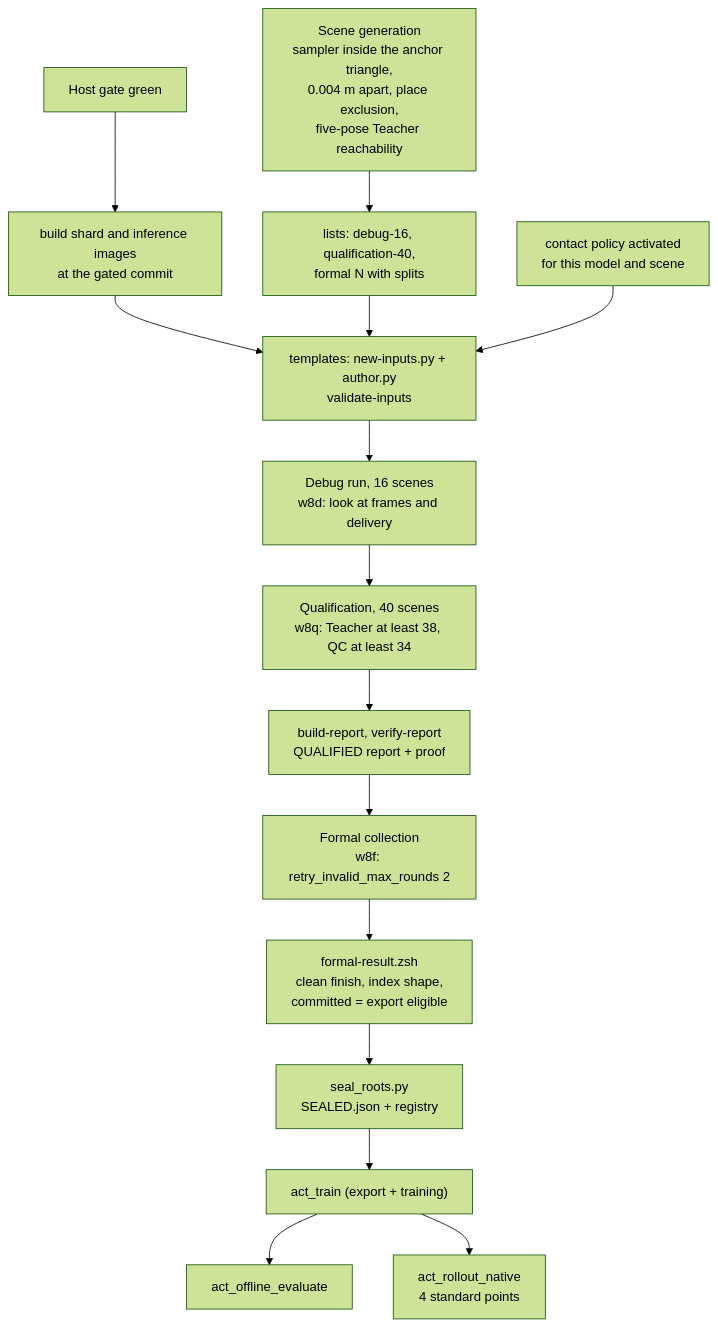
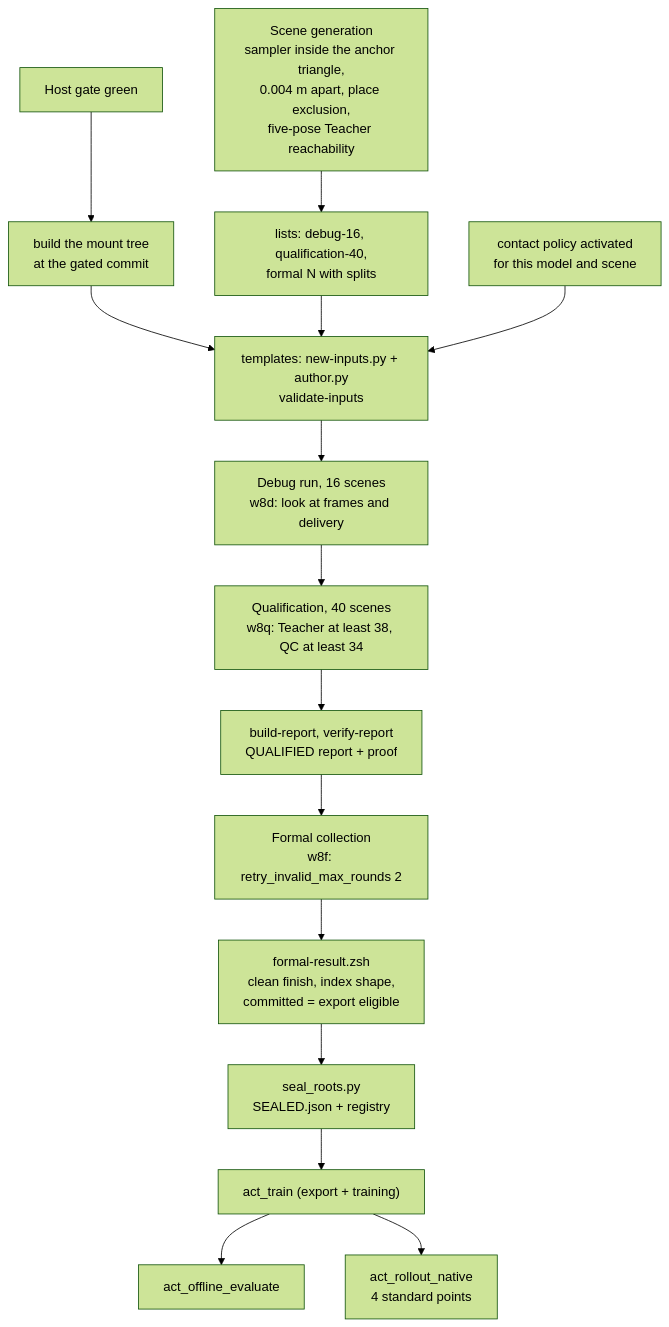
Diagram 21 of 35 in docs/guides/so101-act-data-collection-and-training-architecture.md (terryma2024/ros-moveit-demo), drawn with Mermaid (forest theme) before and after one commit. The commit also changed other lines of this file and 9 other files, not shown here.

Commit message:
P5: docs for the mount-tree migration (images README, architecture guide, superseded notes, M3 note, to-do 34, ledger)

````diff
--- a/docs/guides/so101-act-data-collection-and-training-architecture.md
+++ b/docs/guides/so101-act-data-collection-and-training-architecture.md
@@ -865,17 +866,17 @@
 ```mermaid
 flowchart TB
     SC["Scene generation<br/>sampler inside the anchor triangle,<br/>0.004 m apart, place exclusion,<br/>five-pose Teacher reachability"] --> LISTS["lists: debug-16, qualification-40,<br/>formal N with splits"]
-    GATE["Host gate green"] --> IMG["build shard and inference images<br/>at the gated commit"]
+    GATE["Host gate green"] --> IMG["build the mount tree<br/>at the gated commit"]
     IMG --> TPL
     LISTS --> TPL["templates: new-inputs.py + author.py<br/>validate-inputs"]
     CP["contact policy activated<br/>for this model and scene"] --> TPL
     TPL --> DBG["Debug run, 16 scenes<br/>w8d: look at frames and delivery"]
     DBG --> QUAL["Qualification, 40 scenes<br/>w8q: Teacher at least 38, QC at least 34"]
     QUAL --> REP["build-report, verify-report<br/>QUALIFIED report + proof"]
     REP --> FORMAL["Formal collection<br/>w8f: retry_invalid_max_rounds 2"]
     FORMAL --> POST["formal-result.zsh<br/>clean finish, index shape,<br/>committed = export eligible"]
     POST --> SEAL["seal_roots.py<br/>SEALED.json + registry"]
     SEAL --> TRAIN["act_train (export + training)"]
     TRAIN --> EVAL["act_offline_evaluate"]
     TRAIN --> ROLL["act_rollout_native<br/>4 standard points"]
 ```
````
